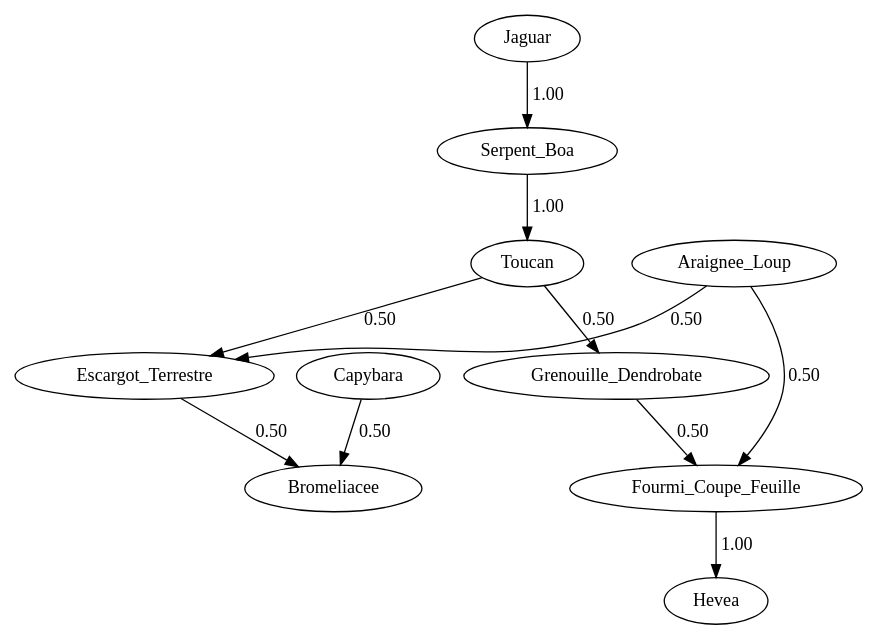
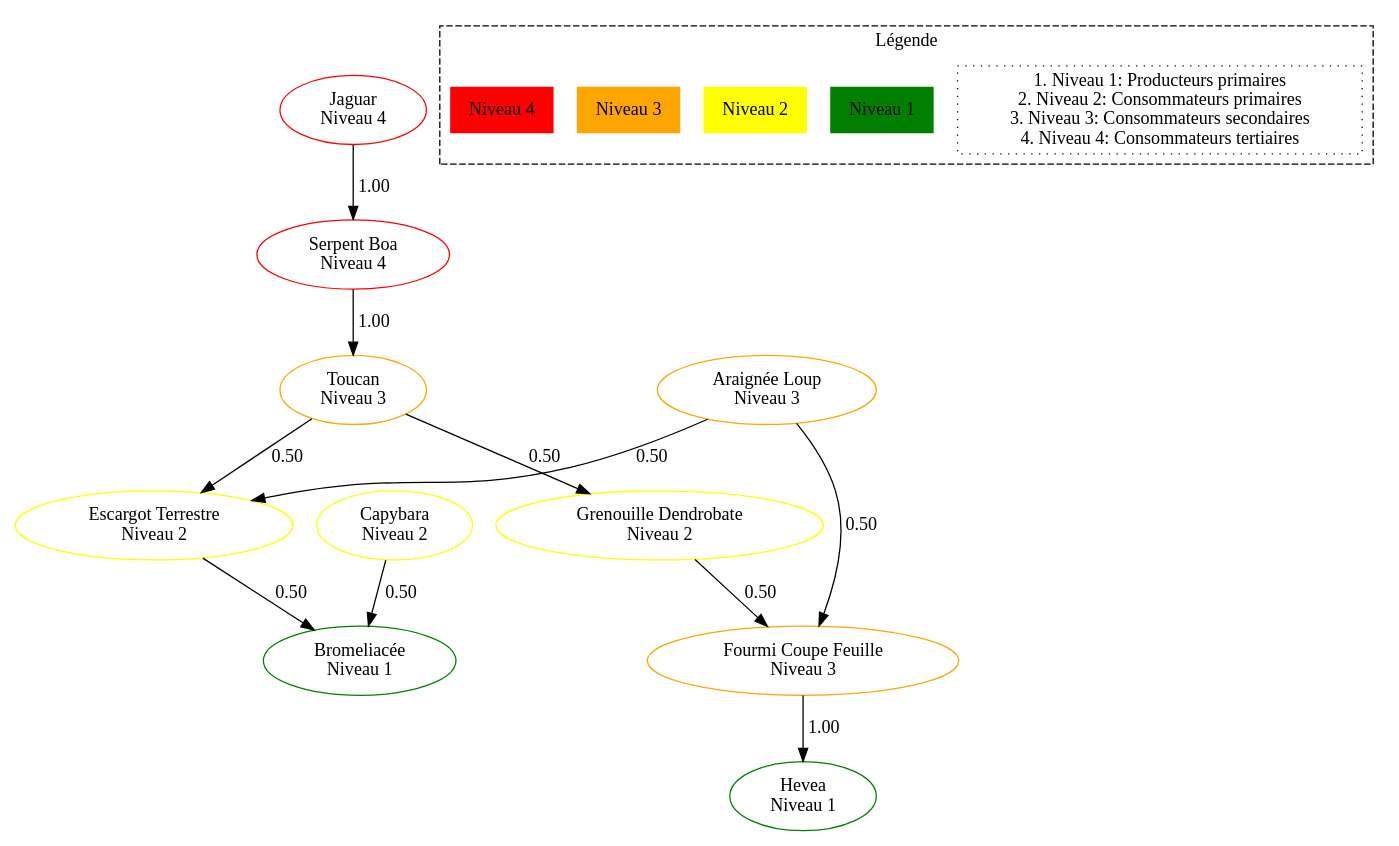
Before and after one commit to AzogSmash/Trophic-Networks: the diagram in jungle.dot, drawn with Graphviz.

Commit message:
reseau trophique jungle.dot

```diff
--- a/jungle.dot
+++ b/jungle.dot
@@ -1,12 +1,48 @@
 digraph Amazonie {
-Jaguar -> Serpent_Boa [label="1.00"];
+    // Définir les couleurs des sommets (niveaux trophiques)
+    // Niveau 1 (Producteurs primaires) - Vert
+    Bromeliacee [color=green, label="Bromeliacée\nNiveau 1"];
+Hevea [color=green, label="Hevea\nNiveau 1"];
+
+// Niveau 2 (Consommateurs primaires) - Jaune
+    Escargot_Terrestre [color=yellow, label="Escargot Terrestre\nNiveau 2"];
+Grenouille_Dendrobate [color=yellow, label="Grenouille Dendrobate\nNiveau 2"];
+Capybara [color=yellow, label="Capybara\nNiveau 2"];
+
+// Niveau 3 (Consommateurs secondaires) - Orange
+    Toucan [color=orange, label="Toucan\nNiveau 3"];
+Araignee_Loup [color=orange, label="Araignée Loup\nNiveau 3"];
+Fourmi_Coupe_Feuille [color=orange, label="Fourmi Coupe Feuille\nNiveau 3"];
+
+// Niveau 4 (Consommateurs tertiaires) - Rouge
+    Serpent_Boa [color=red, label="Serpent Boa\nNiveau 4"];
+Jaguar [color=red, label="Jaguar\nNiveau 4"];
+
+// Arcs (interactions)
+    Jaguar -> Serpent_Boa [label="1.00"];
 Serpent_Boa -> Toucan [label="1.00"];
 Toucan -> Escargot_Terrestre [label="0.50"];
 Toucan -> Grenouille_Dendrobate [label="0.50"];
 Araignee_Loup -> Escargot_Terrestre [label="0.50"];
 Araignee_Loup -> Fourmi_Coupe_Feuille [label="0.50"];
 Grenouille_Dendrobate -> Fourmi_Coupe_Feuille [label="0.50"];
 Escargot_Terrestre -> Bromeliacee [label="0.50"];
 Capybara -> Bromeliacee [label="0.50"];
 Fourmi_Coupe_Feuille -> Hevea [label="1.00"];
+
+// Création d'une légende
+    subgraph cluster_legend {
+label="Légende";
+style=dashed;
+node [shape=plaintext];
+
+// Légende avec les couleurs et les niveaux trophiques
+        legend_table [label="1. Niveau 1: Producteurs primaires\n2. Niveau 2: Consommateurs primaires\n3. Niveau 3: Consommateurs secondaires\n4. Niveau 4: Consommateurs tertiaires", shape=rect, style=dotted];
+
+// Légende colorée
+        level1 [label="Niveau 1", style=filled, fillcolor=green, width=0.2];
+level2 [label="Niveau 2", style=filled, fillcolor=yellow, width=0.2];
+level3 [label="Niveau 3", style=filled, fillcolor=orange, width=0.2];
+level4 [label="Niveau 4", style=filled, fillcolor=red, width=0.2];
 }
+}
```
